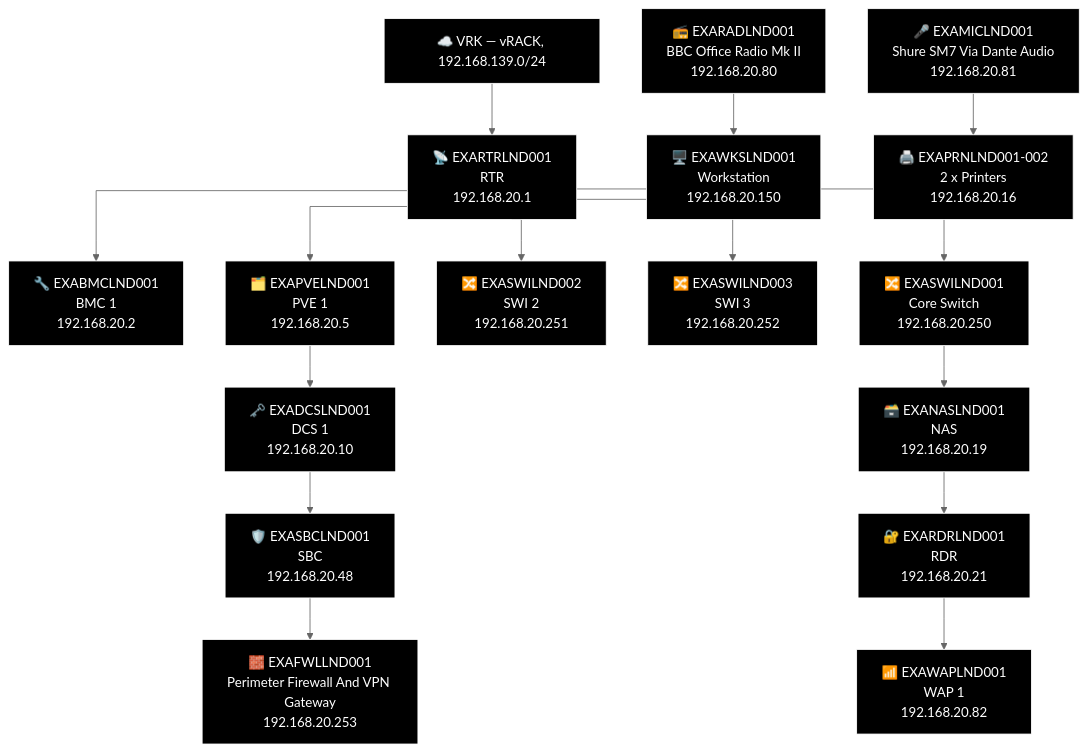
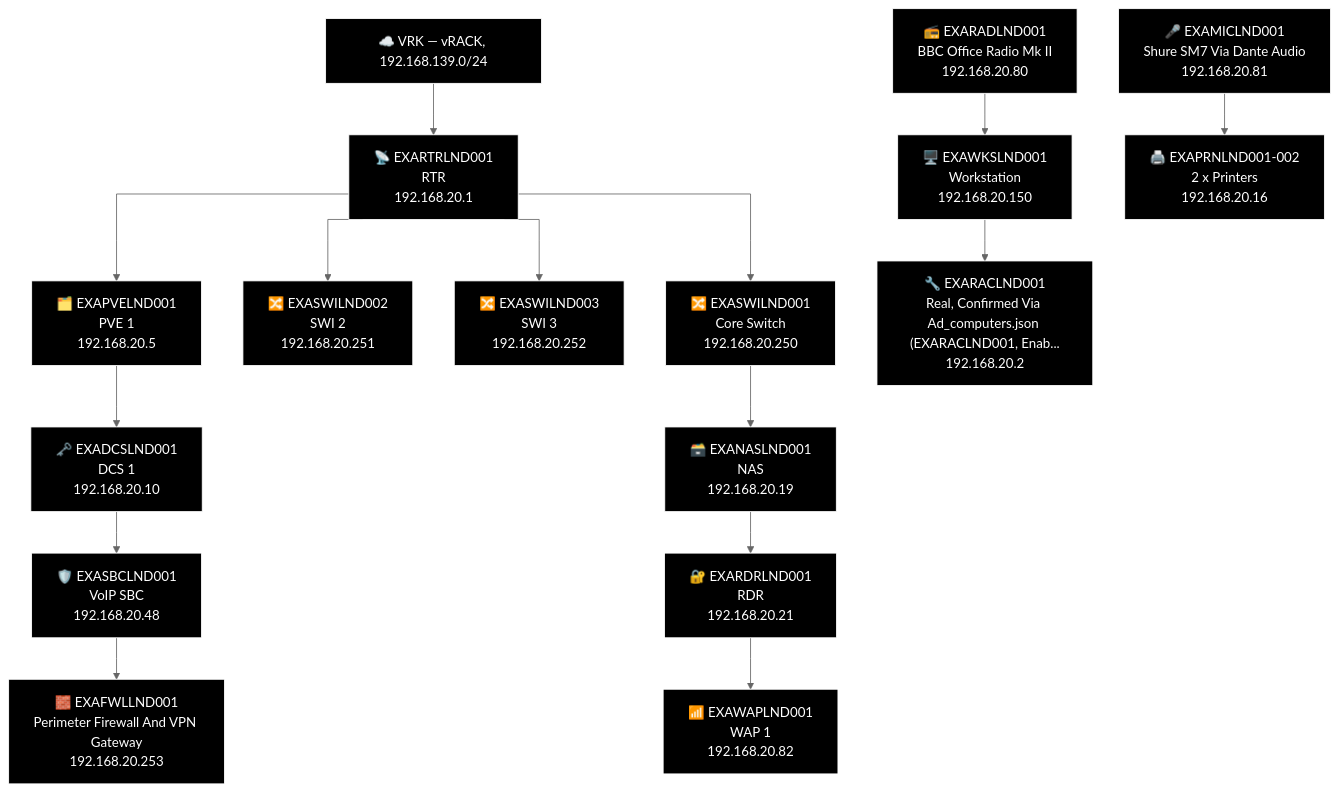
Before and after one commit to knightmare2600/example_music_infra: the third of 27 diagrams in docs/network-diagram/england.md, drawn with Mermaid (neutral theme). The commit also changed other lines of this file and 36 other files, not shown here.

First line of the commit message:
devices.csv: add real WAP/SBC/RAC/NAS/ILO/FWL rows for the missing-row backlog

````diff
--- a/docs/network-diagram/england.md
+++ b/docs/network-diagram/england.md
@@ -101,50 +97,49 @@
 ```mermaid
 %% GENERATED:TOPOLOGY:LND:START
 %%{init: {'flowchart': {'curve': 'stepAfter'}}}%%
 graph TD
     T_VRK["☁️ VRK — vRACK, 192.168.139.0/24"]
     T_RTR["📡 EXARTRLND001<br/>RTR<br/>192.168.20.1"]
     T_VRK --> T_RTR
-    T_BMC["🔧 EXABMCLND001<br/>BMC 1<br/>192.168.20.2"]
-    T_RTR --> T_BMC
     T_PVE["🗂️ EXAPVELND001<br/>PVE 1<br/>192.168.20.5"]
     T_RTR --> T_PVE
     T_SWI["🔀 EXASWILND002<br/>SWI 2<br/>192.168.20.251"]
     T_RTR --> T_SWI
     T_SWI2["🔀 EXASWILND003<br/>SWI 3<br/>192.168.20.252"]
     T_RTR --> T_SWI2
     T_SWI3["🔀 EXASWILND001<br/>Core Switch<br/>192.168.20.250"]
     T_RTR --> T_SWI3
     T_NAS["🗃️ EXANASLND001<br/>NAS<br/>192.168.20.19"]
     T_RDR["🔐 EXARDRLND001<br/>RDR<br/>192.168.20.21"]
     T_WAP["📶 EXAWAPLND001<br/>WAP 1<br/>192.168.20.82"]
     T_SWI3 --> T_NAS --> T_RDR --> T_WAP
     T_DCS["🗝️ EXADCSLND001<br/>DCS 1<br/>192.168.20.10"]
-    T_SBC["🛡️ EXASBCLND001<br/>SBC<br/>192.168.20.48"]
+    T_SBC["🛡️ EXASBCLND001<br/>VoIP SBC<br/>192.168.20.48"]
     T_FWL["🧱 EXAFWLLND001<br/>Perimeter Firewall And VPN Gateway<br/>192.168.20.253"]
     T_PVE --> T_DCS --> T_SBC --> T_FWL
     T_RAD["📻 EXARADLND001<br/>BBC Office Radio Mk II<br/>192.168.20.80"]
     T_MIC["🎤 EXAMICLND001<br/>Shure SM7 Via Dante Audio<br/>192.168.20.81"]
     T_WKS["🖥️ EXAWKSLND001<br/>Workstation<br/>192.168.20.150"]
     T_OTH_PRN["🖨️ EXAPRNLND001-002<br/>2 x Printers<br/>192.168.20.16"]
-    T_RAD --> T_WKS
+    T_RAC["🔧 EXARACLND001<br/>Real, Confirmed Via Ad_computers.json (EXARACLND001, Enab...<br/>192.168.20.2"]
+    T_RAD --> T_WKS --> T_RAC
     T_MIC --> T_OTH_PRN
     style T_VRK fill:#000000,stroke:#FFFFFF,color:#FFFFFF
     style T_RTR fill:#000000,stroke:#FFFFFF,color:#FFFFFF
-    style T_BMC fill:#000000,stroke:#FFFFFF,color:#FFFFFF
     style T_PVE fill:#000000,stroke:#FFFFFF,color:#FFFFFF
     style T_SWI fill:#000000,stroke:#FFFFFF,color:#FFFFFF
     style T_SWI2 fill:#000000,stroke:#FFFFFF,color:#FFFFFF
     style T_SWI3 fill:#000000,stroke:#FFFFFF,color:#FFFFFF
     style T_NAS fill:#000000,stroke:#FFFFFF,color:#FFFFFF
     style T_RDR fill:#000000,stroke:#FFFFFF,color:#FFFFFF
     style T_WAP fill:#000000,stroke:#FFFFFF,color:#FFFFFF
     style T_DCS fill:#000000,stroke:#FFFFFF,color:#FFFFFF
     style T_SBC fill:#000000,stroke:#FFFFFF,color:#FFFFFF
     style T_FWL fill:#000000,stroke:#FFFFFF,color:#FFFFFF
     style T_RAD fill:#000000,stroke:#FFFFFF,color:#FFFFFF
     style T_MIC fill:#000000,stroke:#FFFFFF,color:#FFFFFF
     style T_WKS fill:#000000,stroke:#FFFFFF,color:#FFFFFF
     style T_OTH_PRN fill:#000000,stroke:#FFFFFF,color:#FFFFFF
+    style T_RAC fill:#000000,stroke:#FFFFFF,color:#FFFFFF
 %% GENERATED:TOPOLOGY:LND:END
 ```
````
